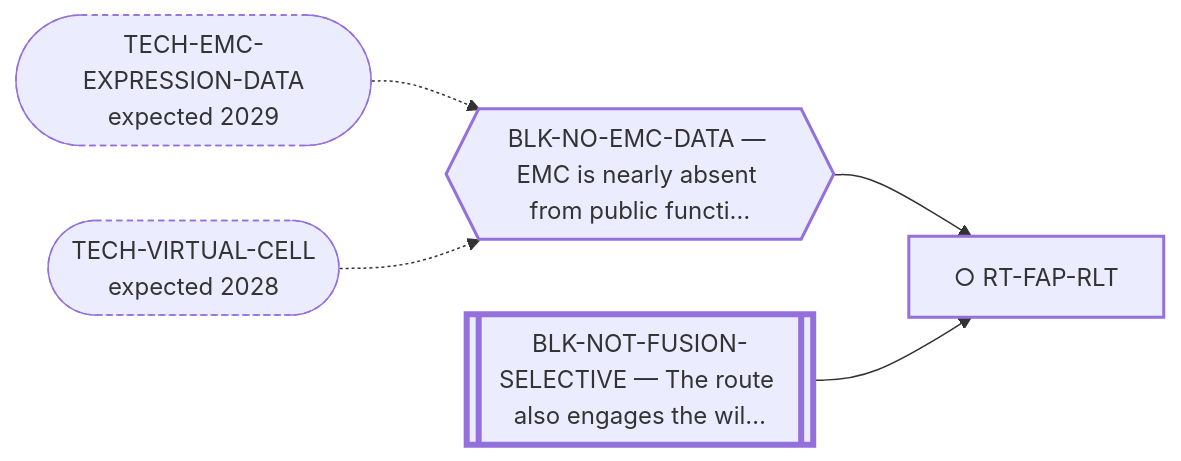
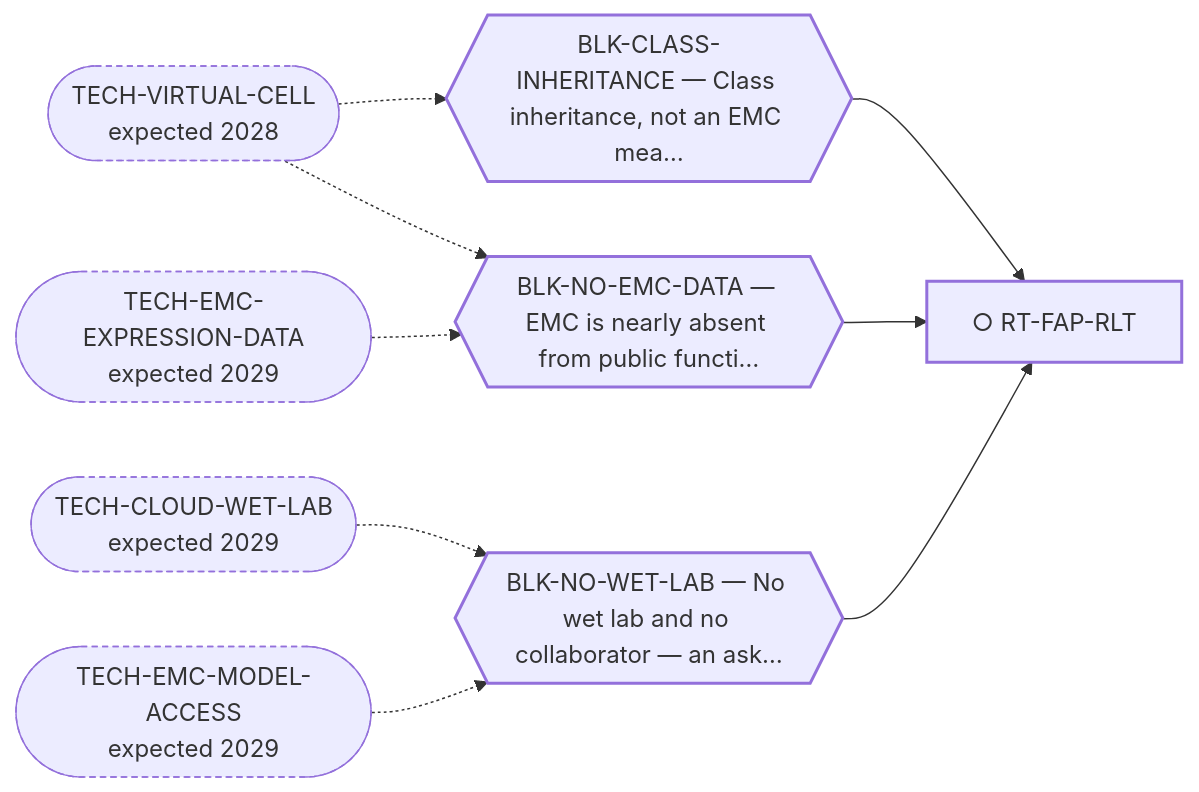
One commit to trimcrae/Rare-cancers changed the diagram in systems/views/L2-rt-fap-rlt.md. Above: the diagram before and after it, drawn with Mermaid. The commit also changed other lines of this file and 42 other files, not shown here.

````diff
--- a/systems/views/L2-rt-fap-rlt.md
+++ b/systems/views/L2-rt-fap-rlt.md
@@ -27,16 +27,24 @@
 ```mermaid
 flowchart LR
   RT_FAP_RLT["○ RT-FAP-RLT"]:::fam
+  BLK_CLASS_INHERITANCE{{"BLK-CLASS-INHERITANCE — Class inheritance, not an EMC mea…"}}:::blk
+  BLK_CLASS_INHERITANCE --> RT_FAP_RLT
+  TECH_VIRTUAL_CELL(["TECH-VIRTUAL-CELL<br/>expected 2028"]):::tech
+  TECH_VIRTUAL_CELL -.-> BLK_CLASS_INHERITANCE
   BLK_NO_EMC_DATA{{"BLK-NO-EMC-DATA — EMC is nearly absent from public functi…"}}:::blk
   BLK_NO_EMC_DATA --> RT_FAP_RLT
   TECH_EMC_EXPRESSION_DATA(["TECH-EMC-EXPRESSION-DATA<br/>expected 2029"]):::tech
   TECH_EMC_EXPRESSION_DATA -.-> BLK_NO_EMC_DATA
   TECH_VIRTUAL_CELL(["TECH-VIRTUAL-CELL<br/>expected 2028"]):::tech
   TECH_VIRTUAL_CELL -.-> BLK_NO_EMC_DATA
-  BLK_NOT_FUSION_SELECTIVE[["BLK-NOT-FUSION-SELECTIVE — The route also engages the wil…"]]:::perm
-  BLK_NOT_FUSION_SELECTIVE --> RT_FAP_RLT
+  BLK_NO_WET_LAB{{"BLK-NO-WET-LAB — No wet lab and no collaborator — an ask…"}}:::blk
+  BLK_NO_WET_LAB --> RT_FAP_RLT
+  TECH_CLOUD_WET_LAB(["TECH-CLOUD-WET-LAB<br/>expected 2029"]):::tech
+  TECH_CLOUD_WET_LAB -.-> BLK_NO_WET_LAB
+  TECH_EMC_MODEL_ACCESS(["TECH-EMC-MODEL-ACCESS<br/>expected 2029"]):::tech
+  TECH_EMC_MODEL_ACCESS -.-> BLK_NO_WET_LAB
   classDef fam stroke-width:2px;
   classDef blk stroke-width:2px;
   classDef perm stroke-width:4px;
   classDef tech stroke-width:1px,stroke-dasharray:4 3;
 ```
````
